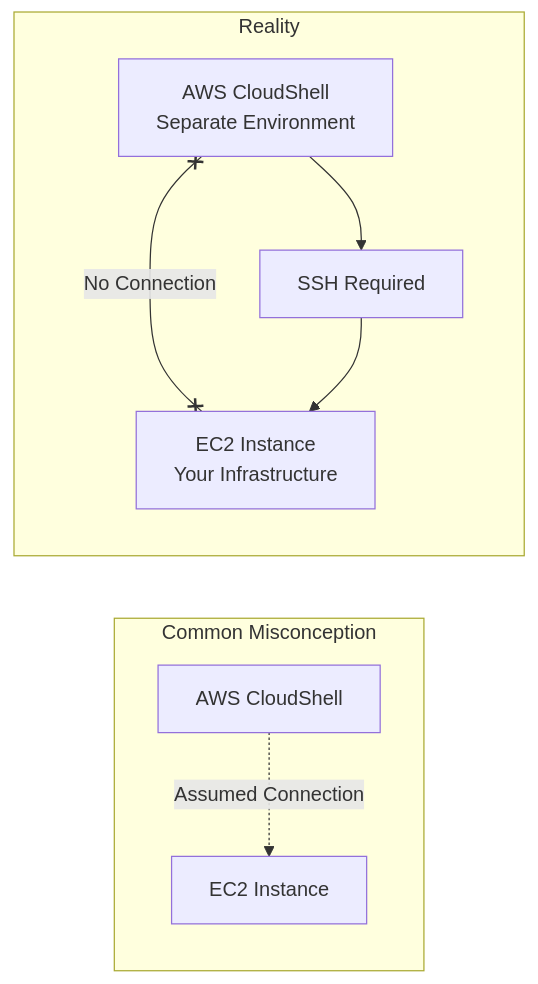
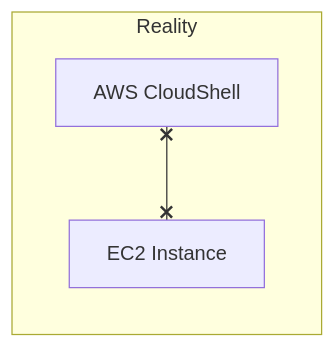
Before and after one commit to mondweep/vibe-cast: the second of 4 diagrams in projects/linkedin-ai-agents-evaluation/ARTICLE.md, drawn with Mermaid. The commit also changed other lines of this file, not shown here.

````diff
--- a/projects/linkedin-ai-agents-evaluation/ARTICLE.md
+++ b/projects/linkedin-ai-agents-evaluation/ARTICLE.md
@@ -104,16 +67,8 @@
 ```mermaid
 flowchart LR
-    subgraph "Common Misconception"
-        CS1[AWS CloudShell]
-        EC1[EC2 Instance]
-        CS1 -.->|"Assumed Connection"| EC1
-    end
-
-    subgraph "Reality"
-        CS2[AWS CloudShell<br/>Separate Environment]
-        EC2[EC2 Instance<br/>Your Infrastructure]
-        CS2 x--x|"No Connection"| EC2
-        SSH[SSH Required]
-        CS2 --> SSH --> EC2
+    subgraph Reality
+        CS[AWS CloudShell]
+        EC2[EC2 Instance]
+        CS x--x EC2
     end
 ```
````
